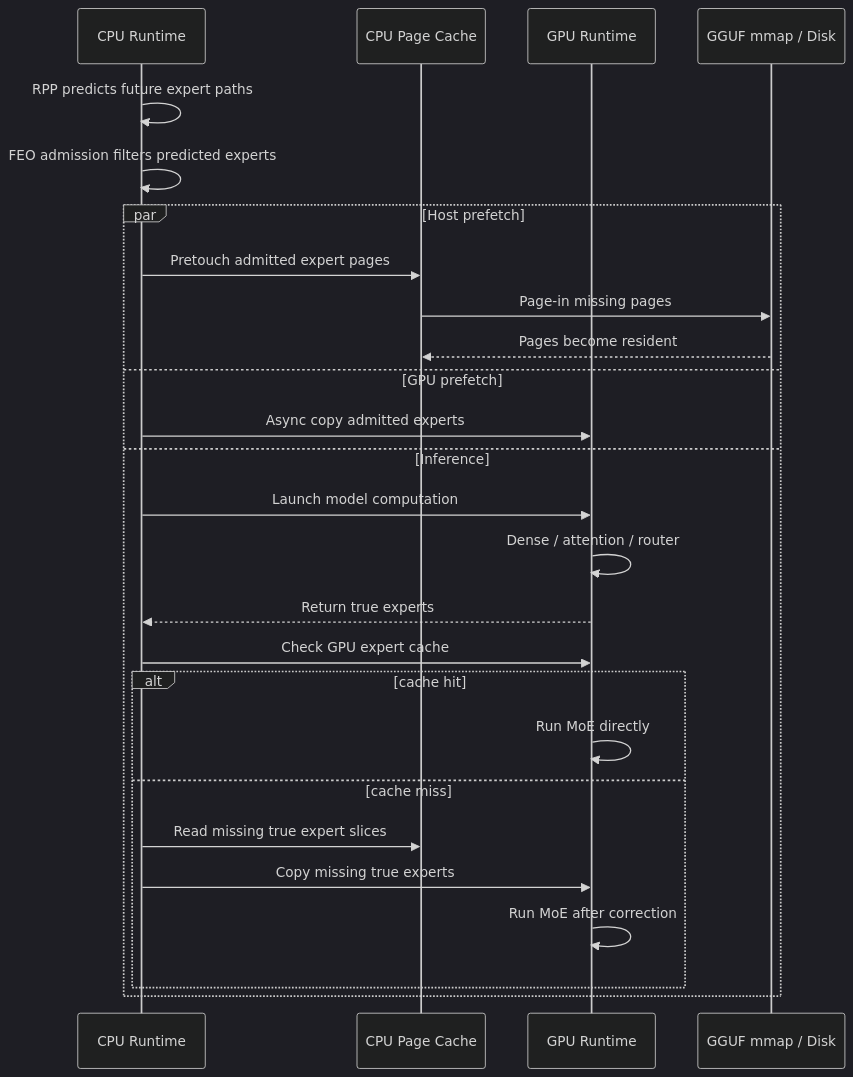
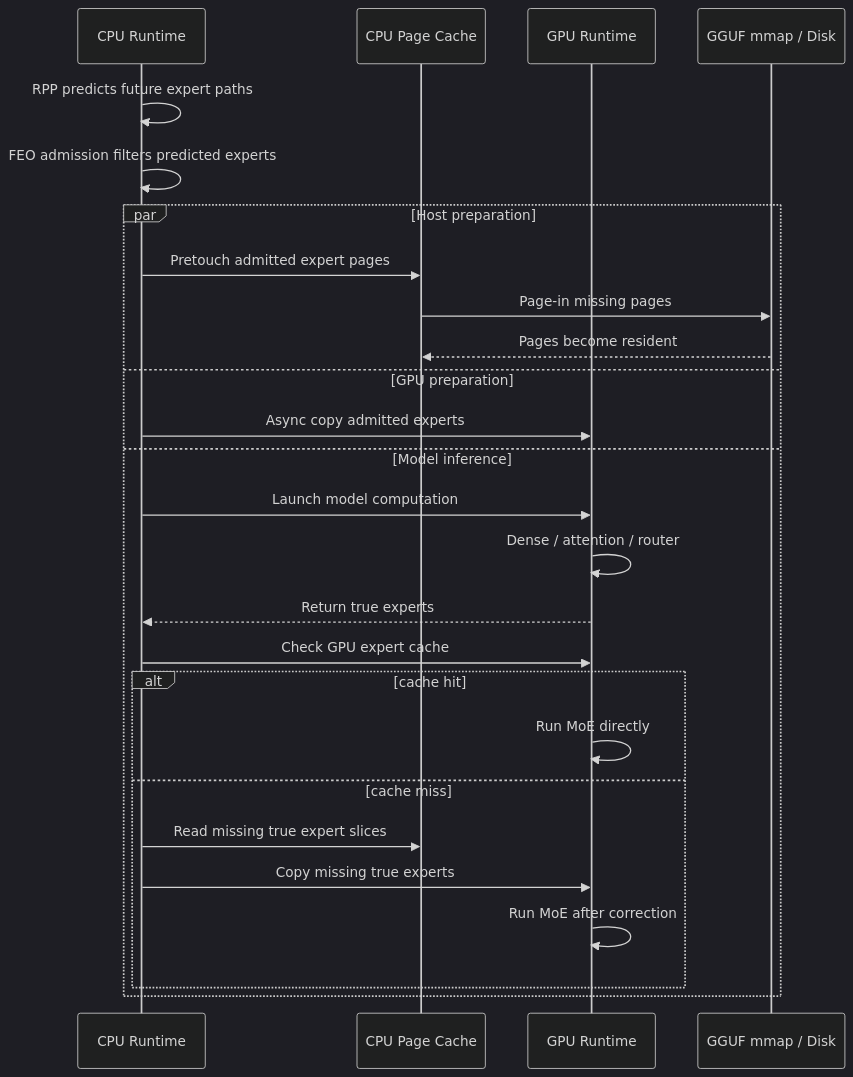
Before and after one commit to WayneHuang1185/MoE-inference-Optimization: the third of 3 diagrams in REPORT.md, drawn with Mermaid (dark theme). The commit also changed other lines of this file, not shown here.

Commit message:
Update mixed prefetch report

````diff
--- a/REPORT.md
+++ b/REPORT.md
@@ -50,30 +54,30 @@
 ```mermaid
 sequenceDiagram
     participant CPU as CPU Runtime
     participant DRAM as CPU Page Cache
     participant GPU as GPU Runtime
     participant Disk as GGUF mmap / Disk
 
     CPU->>CPU: RPP predicts future expert paths
     CPU->>CPU: FEO admission filters predicted experts
 
-    par Host prefetch
+    par Host preparation
         CPU->>DRAM: Pretouch admitted expert pages
         DRAM->>Disk: Page-in missing pages
         Disk-->>DRAM: Pages become resident
-    and GPU prefetch
+    and GPU preparation
         CPU->>GPU: Async copy admitted experts
-    and Inference
+    and Model inference
         CPU->>GPU: Launch model computation
         GPU->>GPU: Dense / attention / router
         GPU-->>CPU: Return true experts
         CPU->>GPU: Check GPU expert cache
         alt cache hit
             GPU->>GPU: Run MoE directly
         else cache miss
             CPU->>DRAM: Read missing true expert slices
             CPU->>GPU: Copy missing true experts
             GPU->>GPU: Run MoE after correction
         end
     end
 ```
````
